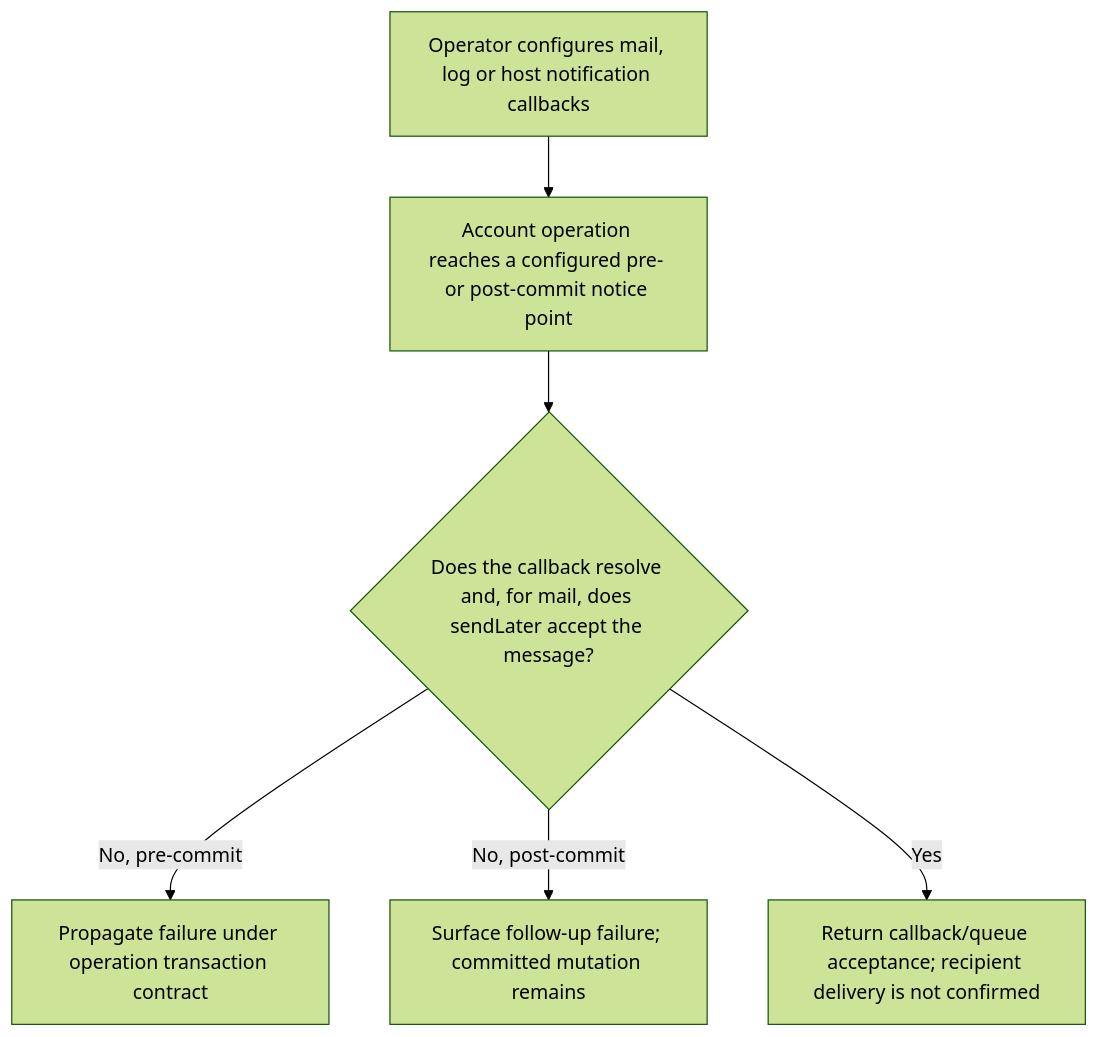
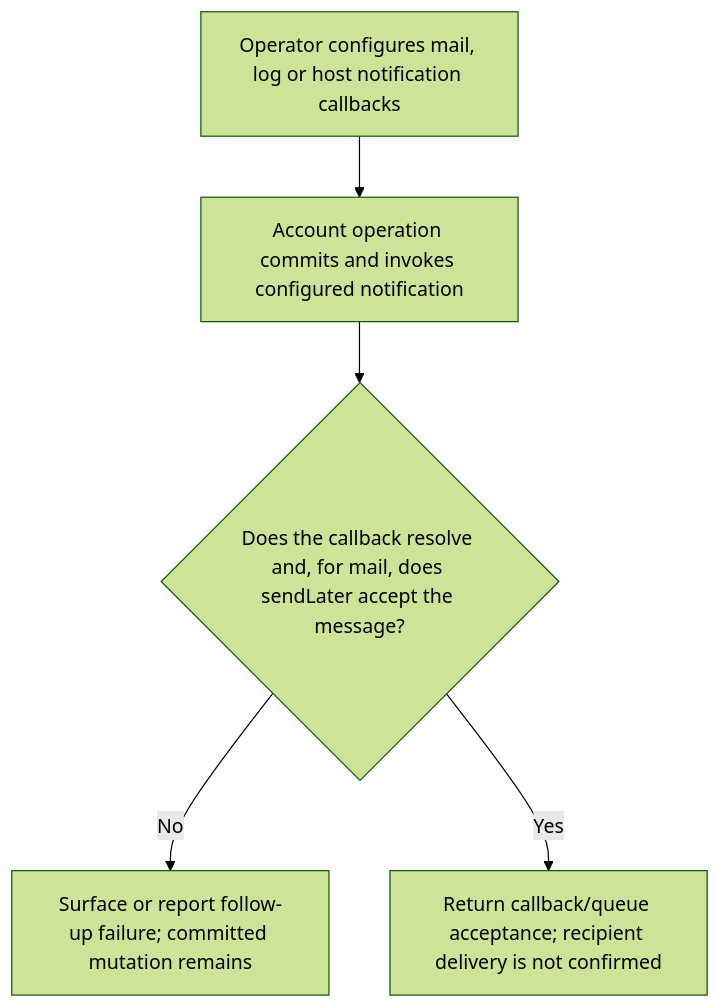
One commit to Kevinjohn/oss-adonisjs-account-kit changed the first of 2 diagrams in user-stories/US-ACCOUNT-35-configure-notifications.md. Above: the diagram before and after it, drawn with Mermaid (forest theme). The commit also changed other lines of this file and 43 other files, not shown here.

````diff
--- a/user-stories/US-ACCOUNT-35-configure-notifications.md
+++ b/user-stories/US-ACCOUNT-35-configure-notifications.md
@@ -19,8 +19,7 @@
 ```mermaid
 flowchart TD
- A["Operator configures mail, log or host notification callbacks"] --> B["Account operation reaches a configured pre- or post-commit notice point"]
+ A["Operator configures mail, log or host notification callbacks"] --> B["Account operation commits and invokes configured notification"]
  B --> C{"Does the callback resolve and, for mail, does sendLater accept the message?"}
- C -->|No, pre-commit| D["Propagate failure under operation transaction contract"]
- C -->|No, post-commit| E["Surface follow-up failure; committed mutation remains"]
+ C -->|No| E["Surface or report follow-up failure; committed mutation remains"]
  C -->|Yes| F["Return callback/queue acceptance; recipient delivery is not confirmed"]
 ```
````
